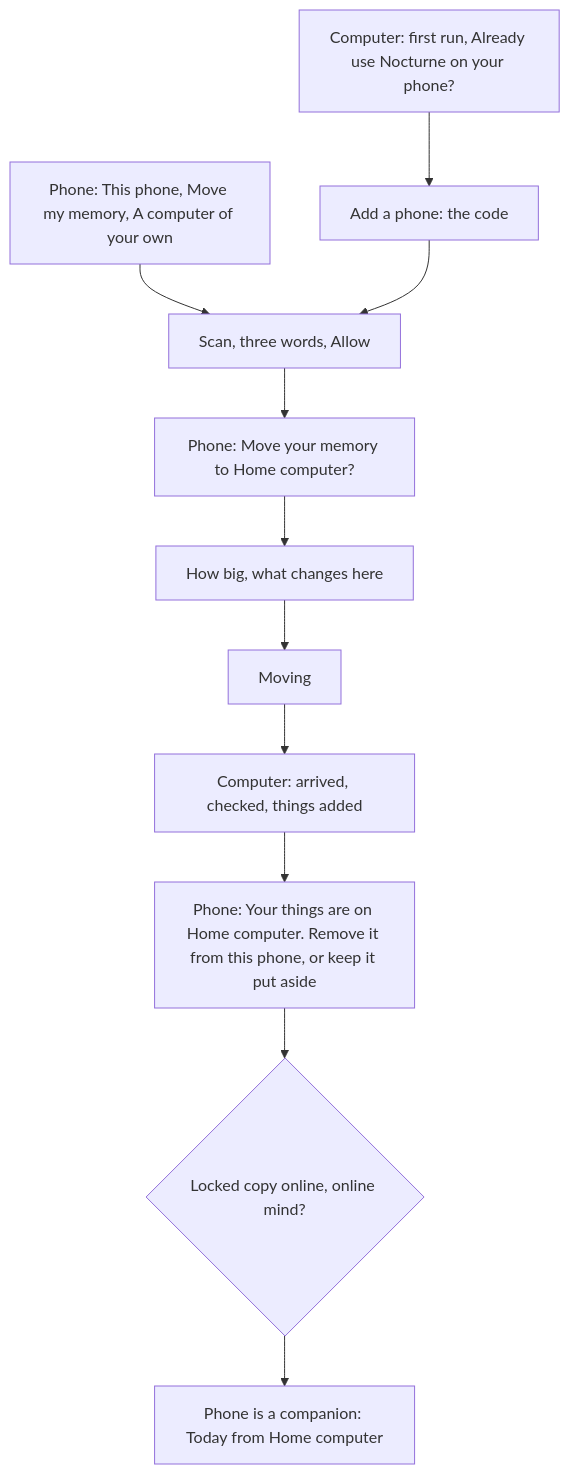
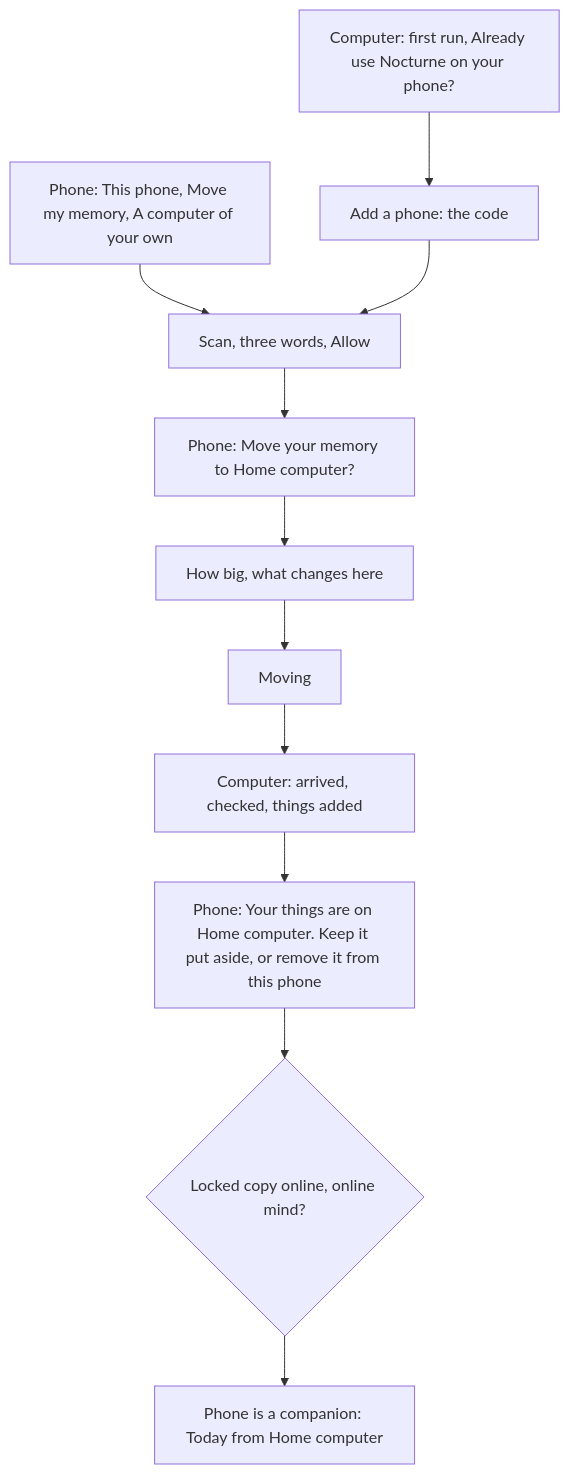
Before and after one commit to agync/nocturne: the second of 3 diagrams in docs/design/moving-memory.md, drawn with Mermaid. The commit also changed other lines of this file and 1 other file, not shown here.

````diff
--- a/docs/design/moving-memory.md
+++ b/docs/design/moving-memory.md
@@ -62,13 +62,13 @@
 ```mermaid
 flowchart TD
     D[Computer: first run, Already use Nocturne on your phone?] --> AP[Add a phone: the code]
     P[Phone: This phone, Move my memory, A computer of your own] --> SC[Scan, three words, Allow]
     AP --> SC
     SC --> F[Phone: Move your memory to Home computer?]
     F --> SZ[How big, what changes here]
     SZ --> MV[Moving]
     MV --> RC[Computer: arrived, checked, things added]
-    RC --> MD[Phone: Your things are on Home computer. Remove it from this phone, or keep it put aside]
+    RC --> MD[Phone: Your things are on Home computer. Keep it put aside, or remove it from this phone]
     MD --> CO{Locked copy online, online mind?}
     CO --> T[Phone is a companion: Today from Home computer]
 ```
````
